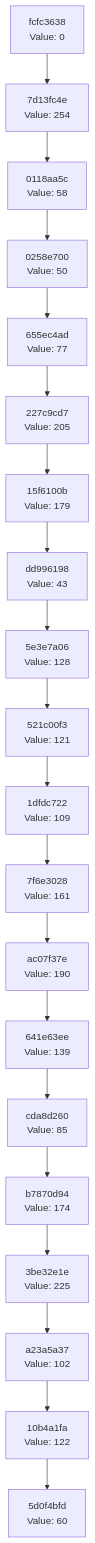
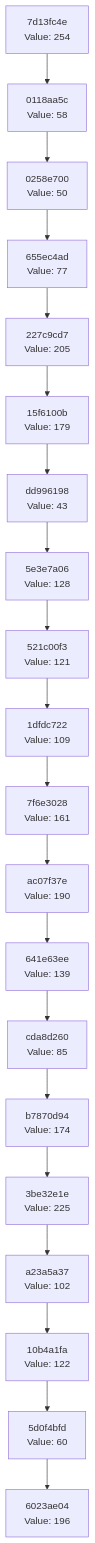
The diagram in docs/CHAIN_VISUALIZATION.md (Abhisheksinha1506/hash-chain-evolver), drawn with Mermaid before and after one commit. The commit also changed 2 other files, not shown here.

Commit message:
Evolution Step

````diff
--- a/docs/CHAIN_VISUALIZATION.md
+++ b/docs/CHAIN_VISUALIZATION.md
@@ -3,42 +3,42 @@
 ```mermaid
 graph TD
-    C0["5d0f4bfd<br/>Value: 60"]
-    C1["10b4a1fa<br/>Value: 122"]
+    C0["6023ae04<br/>Value: 196"]
+    C1["5d0f4bfd<br/>Value: 60"]
     C1 --> C0
-    C2["a23a5a37<br/>Value: 102"]
+    C2["10b4a1fa<br/>Value: 122"]
     C2 --> C1
-    C3["3be32e1e<br/>Value: 225"]
+    C3["a23a5a37<br/>Value: 102"]
     C3 --> C2
-    C4["b7870d94<br/>Value: 174"]
+    C4["3be32e1e<br/>Value: 225"]
     C4 --> C3
-    C5["cda8d260<br/>Value: 85"]
+    C5["b7870d94<br/>Value: 174"]
     C5 --> C4
-    C6["641e63ee<br/>Value: 139"]
+    C6["cda8d260<br/>Value: 85"]
     C6 --> C5
-    C7["ac07f37e<br/>Value: 190"]
+    C7["641e63ee<br/>Value: 139"]
     C7 --> C6
-    C8["7f6e3028<br/>Value: 161"]
+    C8["ac07f37e<br/>Value: 190"]
     C8 --> C7
-    C9["1dfdc722<br/>Value: 109"]
+    C9["7f6e3028<br/>Value: 161"]
     C9 --> C8
-    C10["521c00f3<br/>Value: 121"]
+    C10["1dfdc722<br/>Value: 109"]
     C10 --> C9
-    C11["5e3e7a06<br/>Value: 128"]
+    C11["521c00f3<br/>Value: 121"]
     C11 --> C10
-    C12["dd996198<br/>Value: 43"]
+    C12["5e3e7a06<br/>Value: 128"]
     C12 --> C11
-    C13["15f6100b<br/>Value: 179"]
+    C13["dd996198<br/>Value: 43"]
     C13 --> C12
-    C14["227c9cd7<br/>Value: 205"]
+    C14["15f6100b<br/>Value: 179"]
     C14 --> C13
-    C15["655ec4ad<br/>Value: 77"]
+    C15["227c9cd7<br/>Value: 205"]
     C15 --> C14
-    C16["0258e700<br/>Value: 50"]
+    C16["655ec4ad<br/>Value: 77"]
     C16 --> C15
-    C17["0118aa5c<br/>Value: 58"]
+    C17["0258e700<br/>Value: 50"]
     C17 --> C16
-    C18["7d13fc4e<br/>Value: 254"]
+    C18["0118aa5c<br/>Value: 58"]
     C18 --> C17
-    C19["fcfc3638<br/>Value: 0"]
+    C19["7d13fc4e<br/>Value: 254"]
     C19 --> C18
 ```
````
